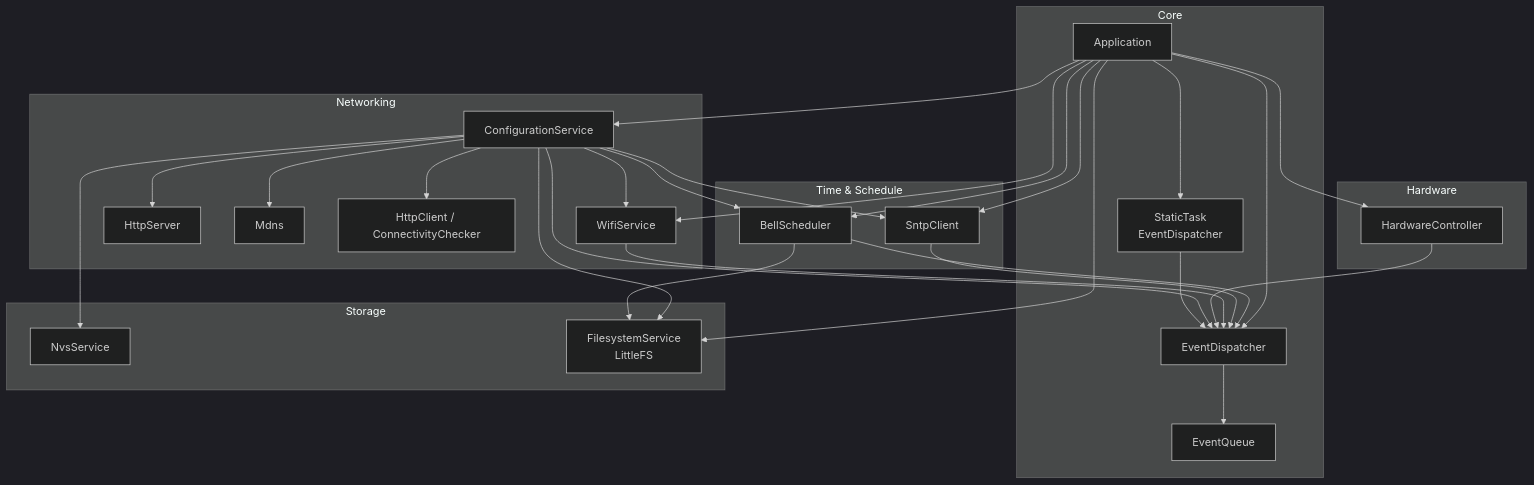
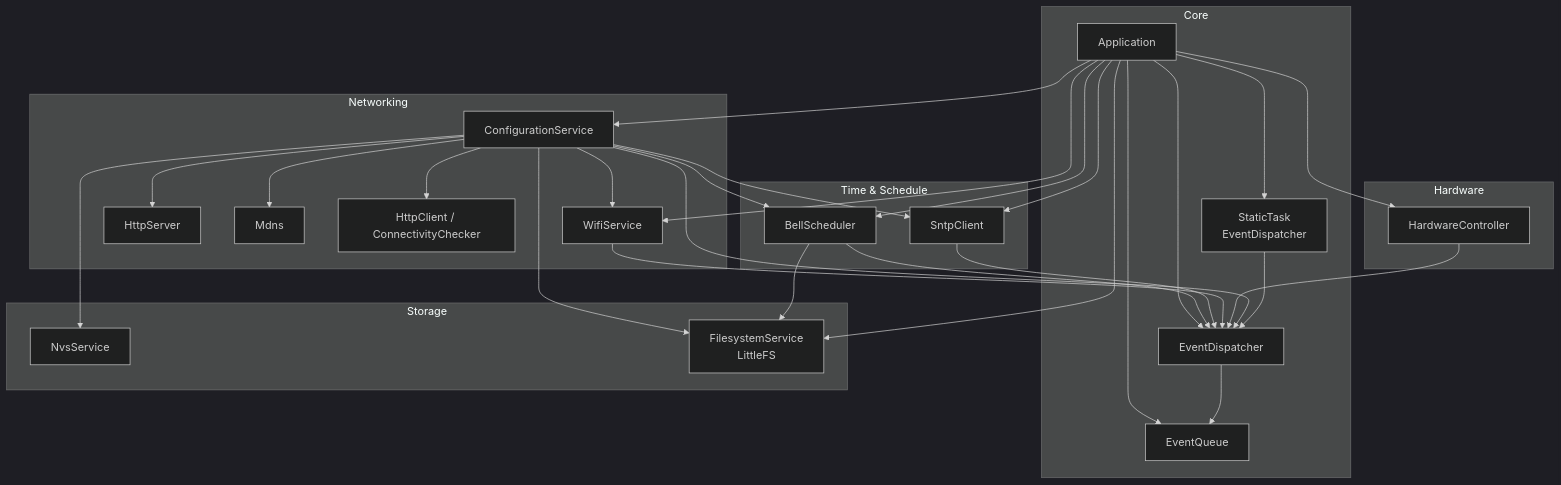
One commit to FineRelevant/SBS changed the first of 3 diagrams in README.md. Above: the diagram before and after it, drawn with Mermaid (dark theme).

Commit message:
Add relationship from App to EQ in README

````diff
--- a/README.md
+++ b/README.md
@@ -44,59 +44,60 @@
 ```mermaid
 flowchart TB
     subgraph Core
         App[Application]
         EQ[EventQueue]
         ED[EventDispatcher]
         EDTask[StaticTask<br/>EventDispatcher]
     end
 
     subgraph Networking
         Wifi[WifiService]
         Conf[ConfigurationService]
         HttpS[HttpServer]
         Mdns[Mdns]
         HttpC[HttpClient / ConnectivityChecker]
     end
 
     subgraph Time & Schedule
         Sntp[SntpClient]
         Sched[BellScheduler]
     end
 
     subgraph Storage
         NVS[NvsService]
         FS[FilesystemService<br/>LittleFS]
     end
 
     subgraph Hardware
         HW[HardwareController]
     end
 
+    App --> EQ
     App --> ED
     App --> EDTask
     App --> FS
     App --> Sntp
     App --> Sched
     App --> Wifi
     App --> Conf
     App --> HW
 
     Conf --> Wifi
     Conf --> FS
     Conf --> Sntp
     Conf --> Sched
     Conf --> HttpS
     Conf --> Mdns
     Conf --> HttpC
     Conf --> NVS
 
     Sched --> FS
     Sched --> ED
     Sntp --> ED
     Wifi --> ED
     HW --> ED
     Conf --> ED
 
     ED --> EQ
     EDTask --> ED
 ```
````
